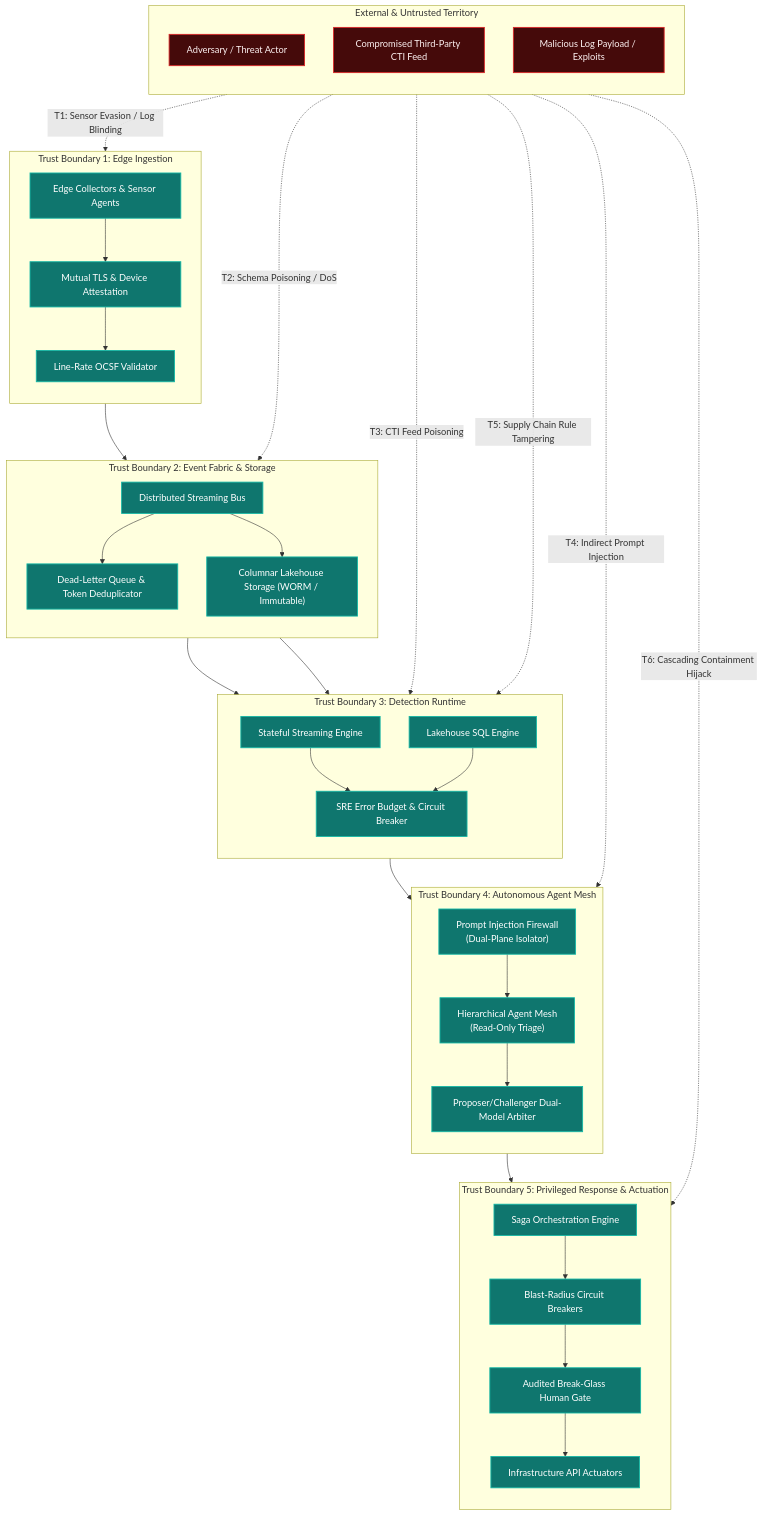
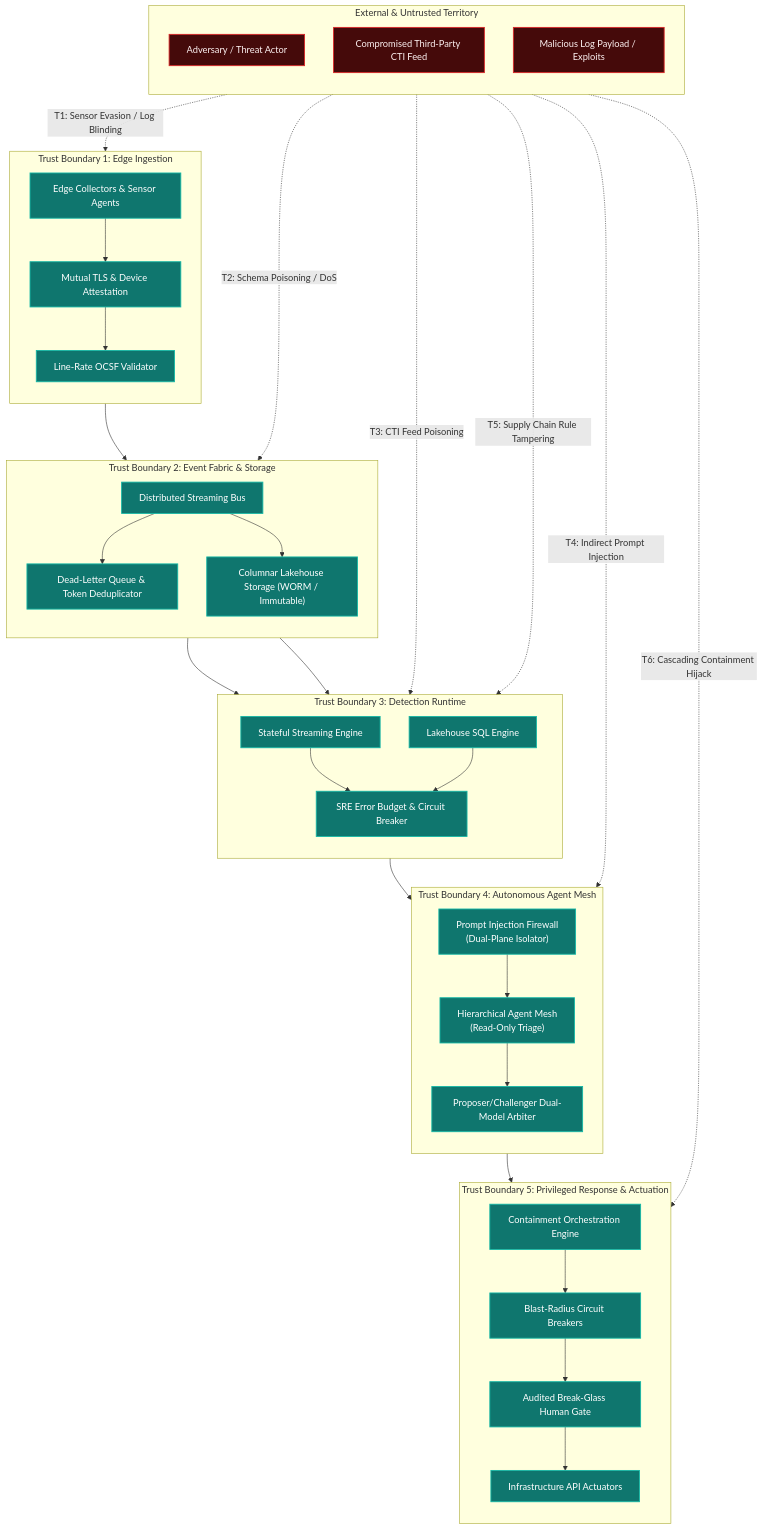
The diagram in docs/architecture/09-threat-model.md (Haribu/TIDIR), drawn with Mermaid before and after one commit. The commit also changed other lines of this file and 3 other files, not shown here.

Commit message:
refactor(diagrams): align all diagrams and core prose to Monotonic Fail-Closed Containment

````diff
--- a/docs/architecture/09-threat-model.md
+++ b/docs/architecture/09-threat-model.md
@@ -13,72 +13,72 @@
 ```mermaid
 flowchart TB
     subgraph ZONE_EXTERNAL["External & Untrusted Territory"]
         direction TB
         ADV["Adversary / Threat Actor"]
         EXT_TI["Compromised Third-Party CTI Feed"]
         MAL_PAYLOAD["Malicious Log Payload / Exploits"]
     end
 
     subgraph BOUNDARY_INGEST["Trust Boundary 1: Edge Ingestion"]
         direction TB
         COLL["Edge Collectors & Sensor Agents"]
         MTLS["Mutual TLS & Device Attestation"]
         SAN["Line-Rate OCSF Validator"]
     end
 
     subgraph BOUNDARY_STREAM["Trust Boundary 2: Event Fabric & Storage"]
         direction TB
         BUS["Distributed Streaming Bus"]
         DLQ["Dead-Letter Queue & Token Deduplicator"]
         LAKE["Columnar Lakehouse Storage (WORM / Immutable)"]
     end
 
     subgraph BOUNDARY_DETECTION["Trust Boundary 3: Detection Runtime"]
         direction TB
         STREAM_ENG["Stateful Streaming Engine"]
         BATCH_ENG["Lakehouse SQL Engine"]
         NOISE_BUDGET["SRE Error Budget & Circuit Breaker"]
     end
 
     subgraph BOUNDARY_AI["Trust Boundary 4: Autonomous Agent Mesh"]
         direction TB
         FW["Prompt Injection Firewall<br>(Dual-Plane Isolator)"]
         MESH["Hierarchical Agent Mesh<br>(Read-Only Triage)"]
         ARB["Proposer/Challenger Dual-Model Arbiter"]
     end
 
     subgraph BOUNDARY_RESPONSE["Trust Boundary 5: Privileged Response & Actuation"]
         direction TB
-        SAGA["Saga Orchestration Engine"]
+        RESP["Containment Orchestration Engine"]
         BREAKER["Blast-Radius Circuit Breakers"]
         BREAK_GLASS["Audited Break-Glass Human Gate"]
         ACTUATORS["Infrastructure API Actuators"]
     end
 
     %% Threat Vectors
     ADV -.->|"T1: Sensor Evasion / Log Blinding"| COLL
     MAL_PAYLOAD -.->|"T2: Schema Poisoning / DoS"| BUS
     EXT_TI -.->|"T3: CTI Feed Poisoning"| STREAM_ENG
     MAL_PAYLOAD -.->|"T4: Indirect Prompt Injection"| FW
     ADV -.->|"T5: Supply Chain Rule Tampering"| STREAM_ENG
-    ADV -.->|"T6: Cascading Containment Hijack"| SAGA
+    ADV -.->|"T6: Cascading Containment Hijack"| RESP
 
     %% Legitimate Data Flows & Controls
     COLL --> MTLS --> SAN --> BUS
     BUS --> DLQ
     BUS --> LAKE
     BUS --> STREAM_ENG
     LAKE --> BATCH_ENG
     STREAM_ENG --> NOISE_BUDGET
     BATCH_ENG --> NOISE_BUDGET
     NOISE_BUDGET --> FW
     FW --> MESH --> ARB
-    ARB --> SAGA
-    SAGA --> BREAKER --> BREAK_GLASS --> ACTUATORS
+    ARB --> RESP
+    RESP --> BREAKER --> BREAK_GLASS --> ACTUATORS
 
     classDef external fill:#450a0a,stroke:#dc2626,stroke-width:1.5px,color:#fef2f2;
     classDef boundary fill:#0f172a,stroke:#3b82f6,stroke-width:1.5px,color:#f8fafc;
     classDef control fill:#0f766e,stroke:#14b8a6,stroke-width:1.5px,color:#ffffff;
     class ADV,EXT_TI,MAL_PAYLOAD external;
-    class COLL,MTLS,SAN,BUS,DLQ,LAKE,STREAM_ENG,BATCH_ENG,NOISE_BUDGET,FW,MESH,ARB,SAGA,BREAKER,BREAK_GLASS,ACTUATORS control;
+    class COLL,MTLS,SAN,BUS,DLQ,LAKE,STREAM_ENG,BATCH_ENG,NOISE_BUDGET,FW,MESH,ARB,RESP,BREAKER,BREAK_GLASS,ACTUATORS control;
 ```
````
